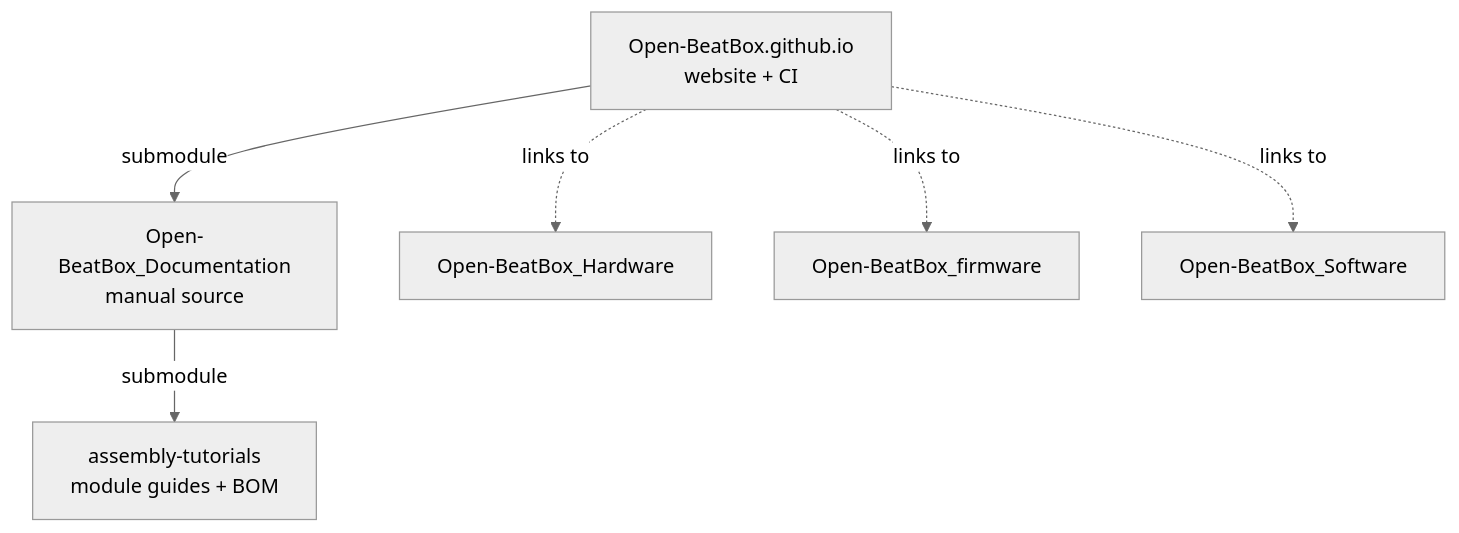
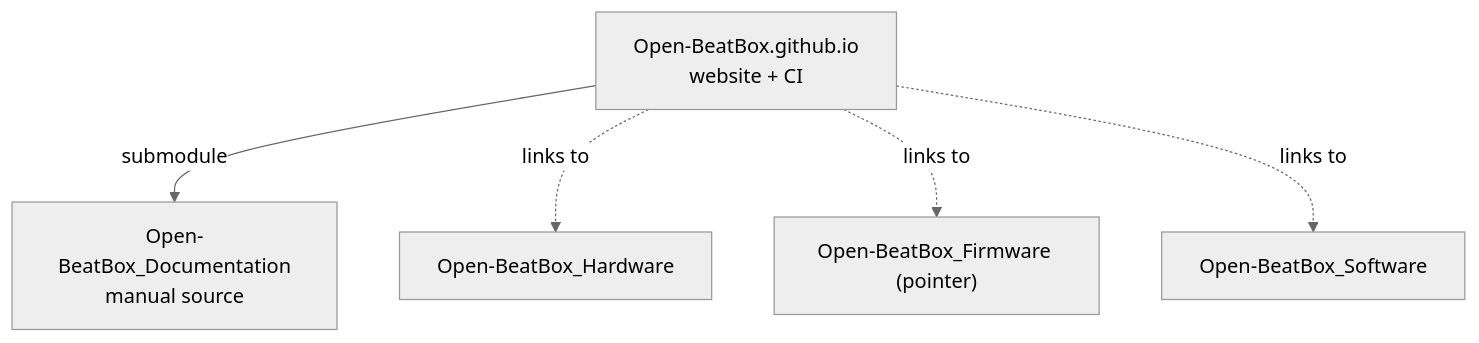
One commit to Open-BeatBox/.github changed the diagram in profile/README.md. Above: the diagram before and after it, drawn with Mermaid (neutral theme). The commit also changed other lines of this file and 2 other files, not shown here.

First line of the commit message:
Fix stale repository names and links, add the citing section to the org profile

````diff
--- a/profile/README.md
+++ b/profile/README.md
@@ -41,8 +40,7 @@
 ```mermaid
 flowchart TD
   W["Open-BeatBox.github.io<br/>website + CI"] -->|submodule| D["Open-BeatBox_Documentation<br/>manual source"]
-  D -->|submodule| A["assembly-tutorials<br/>module guides + BOM"]
   W -.->|links to| H["Open-BeatBox_Hardware"]
-  W -.->|links to| F["Open-BeatBox_firmware"]
+  W -.->|links to| F["Open-BeatBox_Firmware (pointer)"]
   W -.->|links to| S["Open-BeatBox_Software"]
 ```
````
